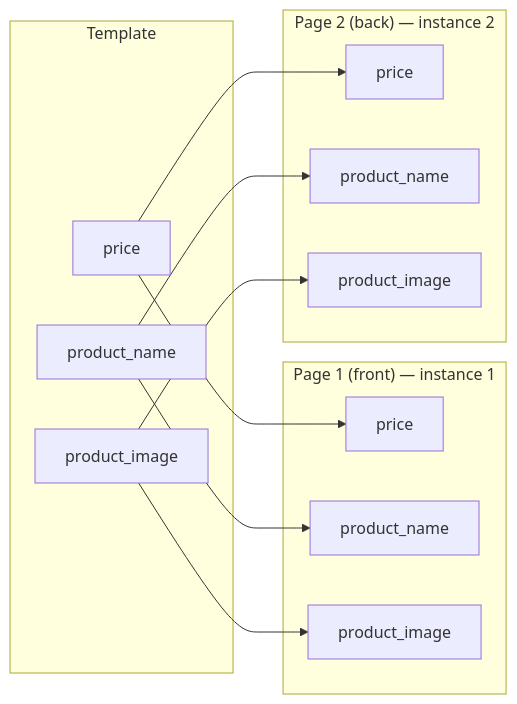
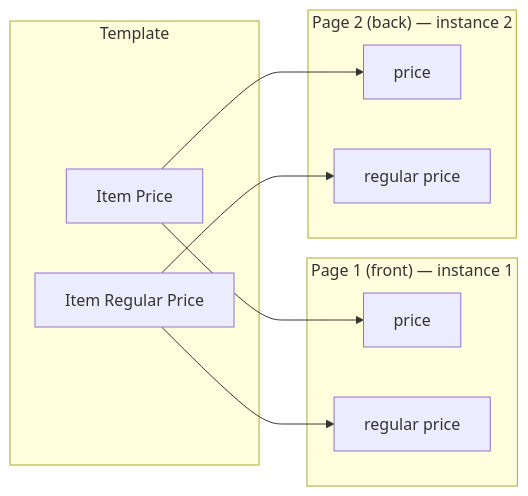
One commit to chili-publish/grafx-documentation changed the fourth of 4 diagrams in docs/GraFx-Studio/concepts/component-mapping/index.md. Above: the diagram before and after it, drawn with Mermaid. The commit also changed other lines of this file and 38 other files, not shown here.

````diff
--- a/docs/GraFx-Studio/concepts/component-mapping/index.md
+++ b/docs/GraFx-Studio/concepts/component-mapping/index.md
@@ -148,24 +133,19 @@
     ```mermaid
     flowchart LR
         subgraph Template
-            T1["price"]
-            T2["product_name"]
-            T3["product_image"]
+            T1["Item Price"]
+            T2["Item Regular Price"]
         end
         subgraph "Page 1 (front) — instance 1"
             C1A["price"]
-            C2A["product_name"]
-            C3A["product_image"]
+            C2A["regular price"]
         end
         subgraph "Page 2 (back) — instance 2"
             C1B["price"]
-            C2B["product_name"]
-            C3B["product_image"]
+            C2B["regular price"]
         end
         T1 --> C1A
         T2 --> C2A
-        T3 --> C3A
         T1 --> C1B
         T2 --> C2B
-        T3 --> C3B
     ```
````
